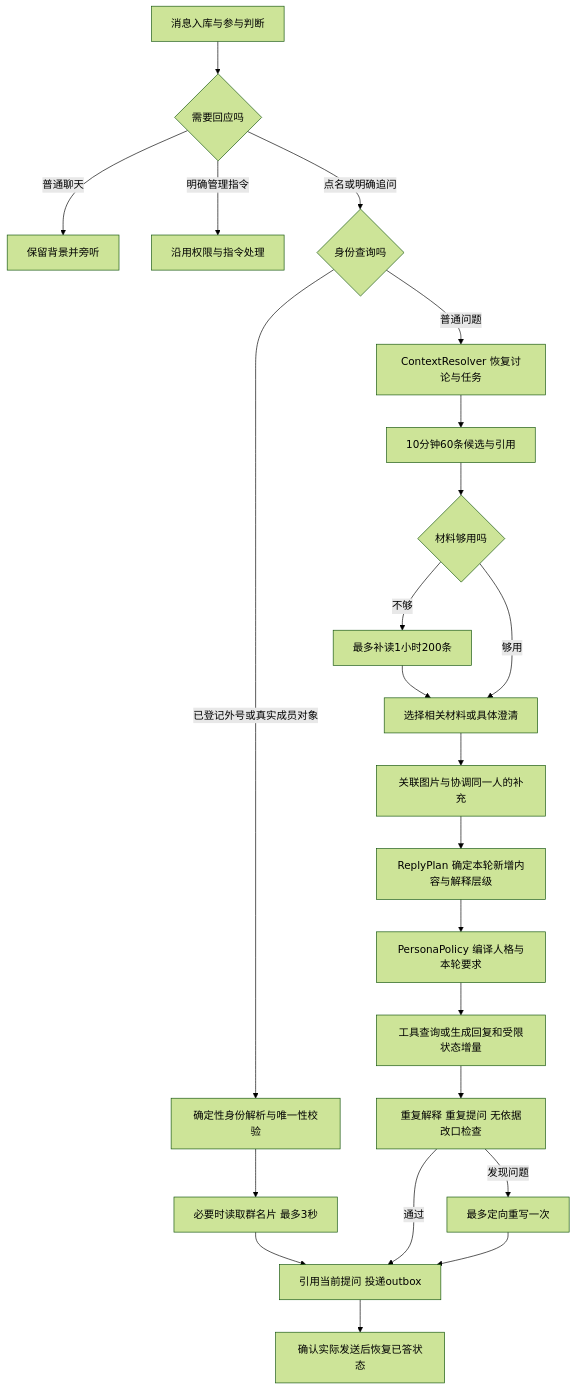
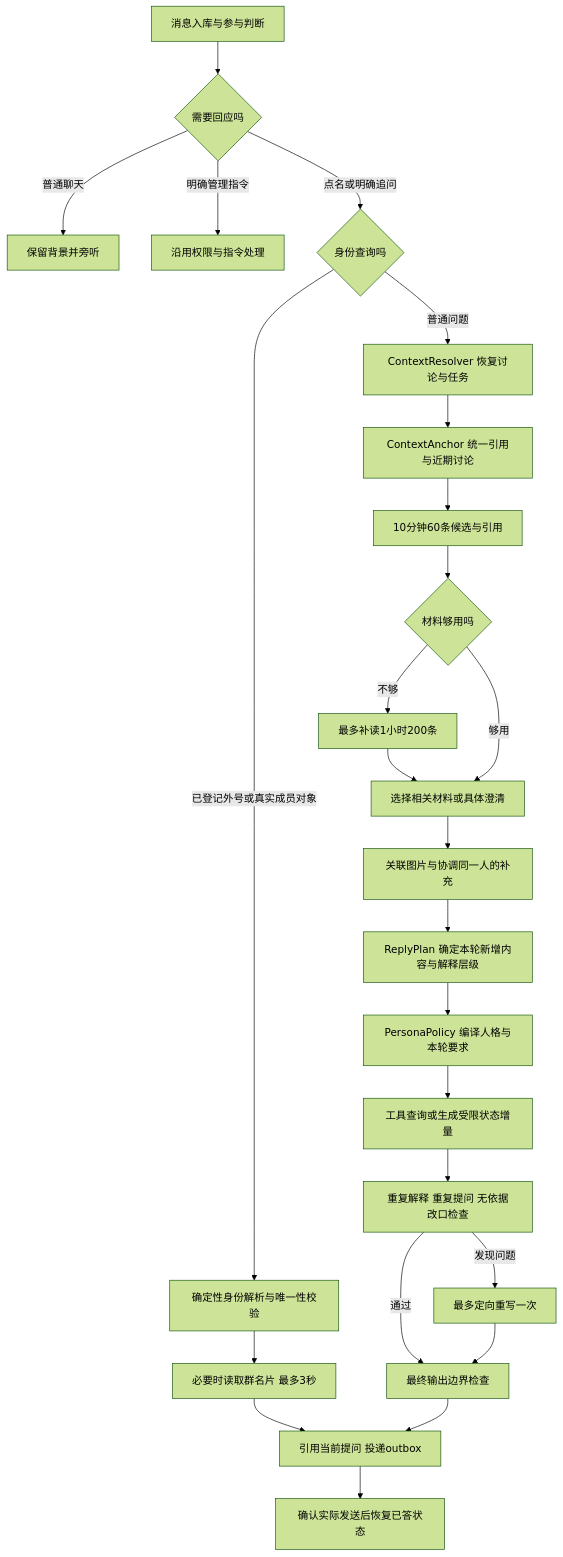
Before and after one commit to Jelix-o/ubot-ai-agent: the diagram in docs/huixian-conversation-redesign.md, drawn with Mermaid (forest theme). The commit also changed other lines of this file and 19 other files, not shown here.

Commit message:
fix: anchor Huixian replies to current context

````diff
--- a/docs/huixian-conversation-redesign.md
+++ b/docs/huixian-conversation-redesign.md
@@ -5,25 +5,27 @@
 ```mermaid
 flowchart TD
   A[消息入库与参与判断] --> B{需要回应吗}
   B -->|普通聊天| C[保留背景并旁听]
   B -->|明确管理指令| D[沿用权限与指令处理]
   B -->|点名或明确追问| Q{身份查询吗}
   Q -->|已登记外号或真实成员对象| R[确定性身份解析与唯一性校验]
   R --> S[必要时读取群名片 最多3秒]
-  S --> O
+  S --> Q2
   Q -->|普通问题| E[ContextResolver 恢复讨论与任务]
-  E --> F[10分钟60条候选与引用]
-  F --> G{材料够用吗}
-  G -->|不够| H[最多补读1小时200条]
-  H --> I[选择相关材料或具体澄清]
-  G -->|够用| I
-  I --> J[关联图片与协调同一人的补充]
-  J --> K[ReplyPlan 确定本轮新增内容与解释层级]
-  K --> X[PersonaPolicy 编译人格与本轮要求]
-  X --> L[工具查询或生成回复和受限状态增量]
-  L --> M[重复解释 重复提问 无依据改口检查]
-  M -->|发现问题| N[最多定向重写一次]
-  M -->|通过| O[引用当前提问 投递outbox]
-  N --> O
-  O --> P[确认实际发送后恢复已答状态]
+  E --> F[ContextAnchor 统一引用与近期讨论]
+  F --> G[10分钟60条候选与引用]
+  G --> H{材料够用吗}
+  H -->|不够| I[最多补读1小时200条]
+  I --> J[选择相关材料或具体澄清]
+  H -->|够用| J
+  J --> K[关联图片与协调同一人的补充]
+  K --> L[ReplyPlan 确定本轮新增内容与解释层级]
+  L --> X[PersonaPolicy 编译人格与本轮要求]
+  X --> M[工具查询或生成受限状态增量]
+  M --> N[重复解释 重复提问 无依据改口检查]
+  N -->|发现问题| O[最多定向重写一次]
+  N -->|通过| P[最终输出边界检查]
+  O --> P
+  P --> Q2[引用当前提问 投递outbox]
+  Q2 --> R2[确认实际发送后恢复已答状态]
 ```
````
